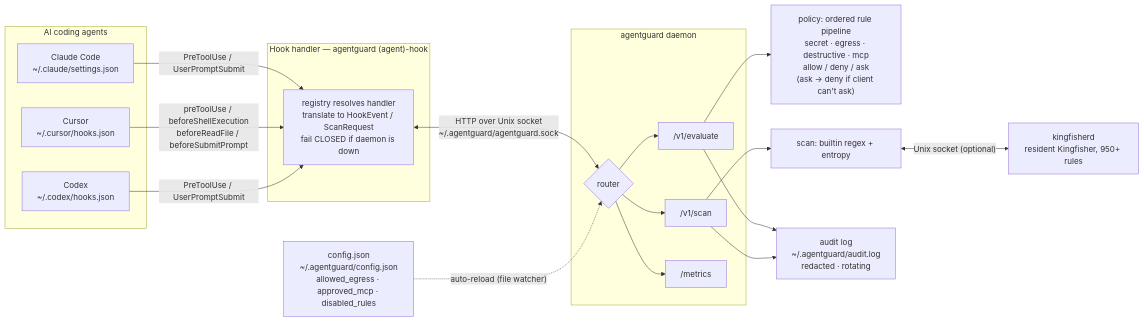
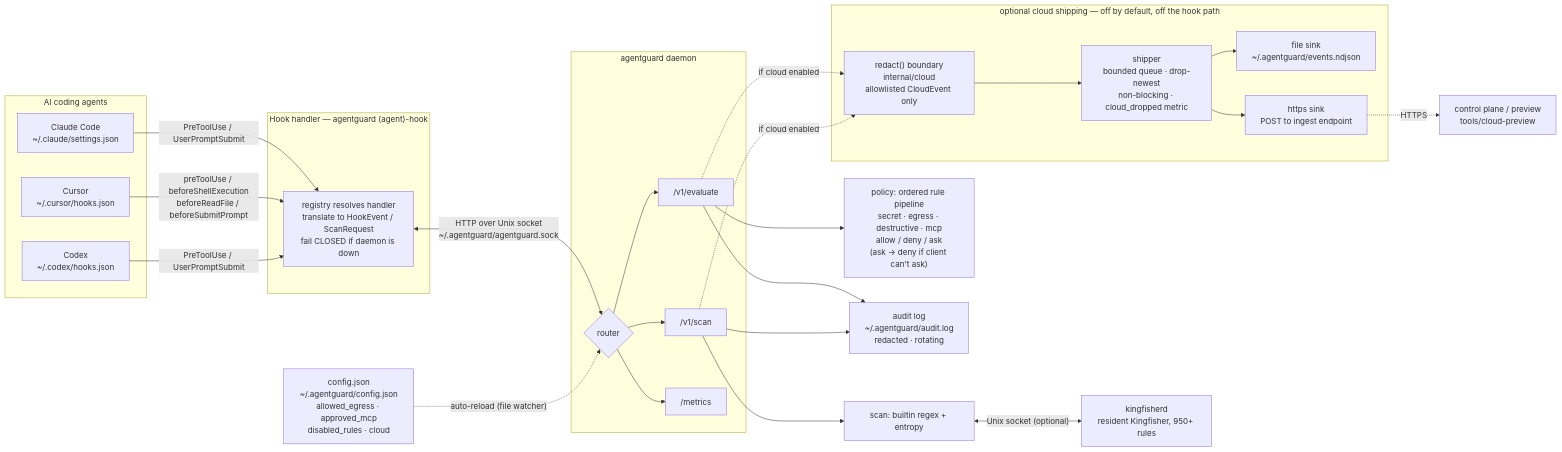
One commit to agentwatchman/agent-guard changed the first of 2 diagrams in README.md. Above: the diagram before and after it, drawn with Mermaid. The commit also changed other lines of this file, not shown here.

````diff
--- a/README.md
+++ b/README.md
@@ -23,37 +26,51 @@
 ```mermaid
 flowchart LR
     subgraph Agents["AI coding agents"]
         CC["Claude Code<br/>~/.claude/settings.json"]
         CU["Cursor<br/>~/.cursor/hooks.json"]
         CX["Codex<br/>~/.codex/hooks.json"]
     end
 
     subgraph Handler["Hook handler — agentguard (agent)-hook"]
         H["registry resolves handler<br/>translate to HookEvent / ScanRequest<br/>fail CLOSED if daemon is down"]
     end
 
     CC -->|"PreToolUse / UserPromptSubmit"| H
     CU -->|"preToolUse / beforeShellExecution<br/>beforeReadFile / beforeSubmitPrompt"| H
     CX -->|"PreToolUse / UserPromptSubmit"| H
 
     H <-->|"HTTP over Unix socket<br/>~/.agentguard/agentguard.sock"| D
 
     subgraph Daemon["agentguard daemon"]
         D{"router"}
         EV["/v1/evaluate"]
         SC["/v1/scan"]
         MT["/metrics"]
         D --> EV
         D --> SC
         D --> MT
     end
 
     EV --> POL["policy: ordered rule pipeline<br/>secret · egress · destructive · mcp<br/>allow / deny / ask<br/>(ask → deny if client can't ask)"]
     SC --> SCN["scan: builtin regex + entropy"]
     SCN <-->|"Unix socket (optional)"| KF["kingfisherd<br/>resident Kingfisher, 950+ rules"]
 
     EV --> AUD["audit log<br/>~/.agentguard/audit.log<br/>redacted · rotating"]
     SC --> AUD
 
-    CFG["config.json<br/>~/.agentguard/config.json<br/>allowed_egress · approved_mcp · disabled_rules"] -.->|"auto-reload (file watcher)"| D
+    CFG["config.json<br/>~/.agentguard/config.json<br/>allowed_egress · approved_mcp<br/>disabled_rules · cloud"] -.->|"auto-reload (file watcher)"| D
+
+    subgraph Cloud["optional cloud shipping — off by default, off the hook path"]
+        RDX["redact() boundary<br/>internal/cloud<br/>allowlisted CloudEvent only"]
+        SHP["shipper<br/>bounded queue · drop-newest<br/>non-blocking · cloud_dropped metric"]
+        FS["file sink<br/>~/.agentguard/events.ndjson"]
+        HS["https sink<br/>POST to ingest endpoint"]
+        RDX --> SHP
+        SHP --> FS
+        SHP --> HS
+    end
+
+    EV -.->|"if cloud enabled"| RDX
+    SC -.->|"if cloud enabled"| RDX
+    HS -.->|"HTTPS"| CPL["control plane / preview<br/>tools/cloud-preview"]
 ```
````
